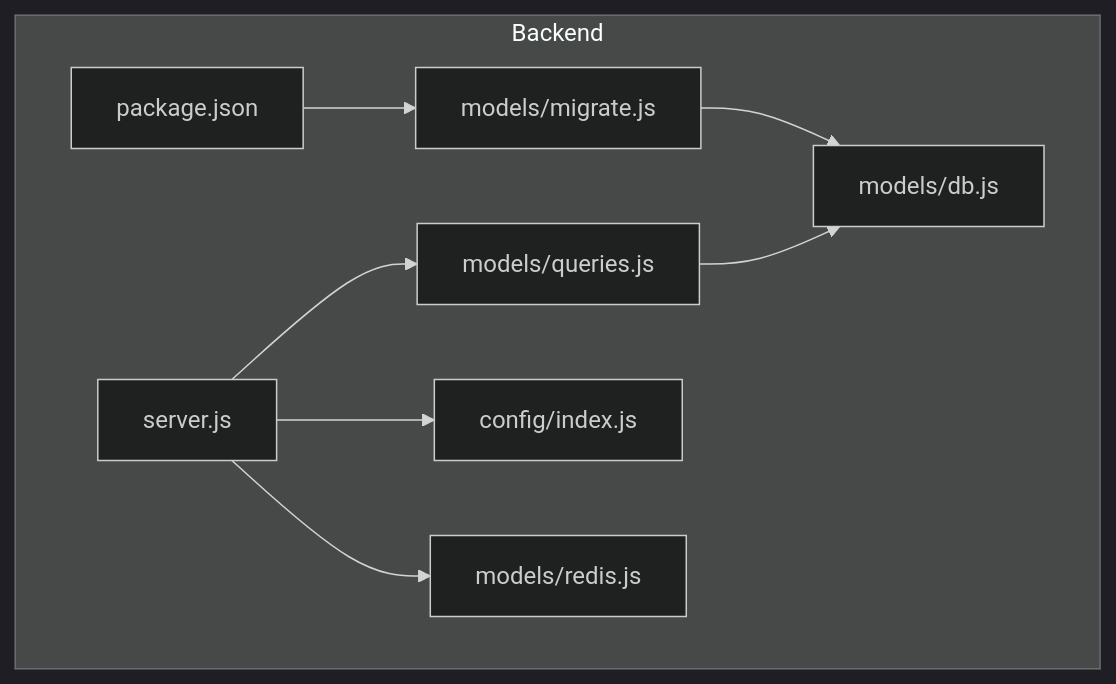
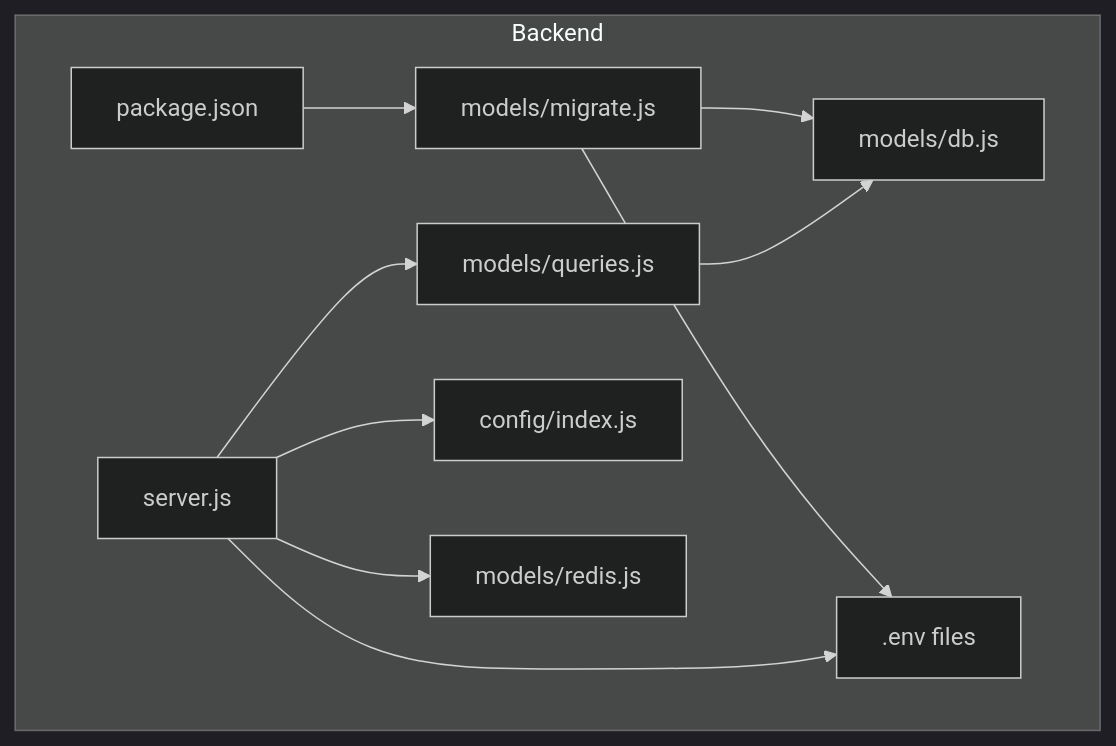
Before and after one commit to RunTimeAdmin/AgentID: the first of 4 diagrams in .qoder/repowiki/en/content/Database Design/Migration System.md, drawn with Mermaid (dark theme). The commit also changed other lines of this file and 24 other files, not shown here.

````diff
--- a/.qoder/repowiki/en/content/Database Design/Migration System.md
+++ b/.qoder/repowiki/en/content/Database Design/Migration System.md
@@ -42,18 +51,21 @@
 ```mermaid
 graph TB
 subgraph "Backend"
 M["models/migrate.js"]
 D["models/db.js"]
 Q["models/queries.js"]
 R["models/redis.js"]
 C["config/index.js"]
 S["server.js"]
 P["package.json"]
+ENV[".env files"]
 end
 M --> D
 Q --> D
 S --> C
 S --> Q
 S --> R
 P --> M
+M --> ENV
+S --> ENV
 ```
````
